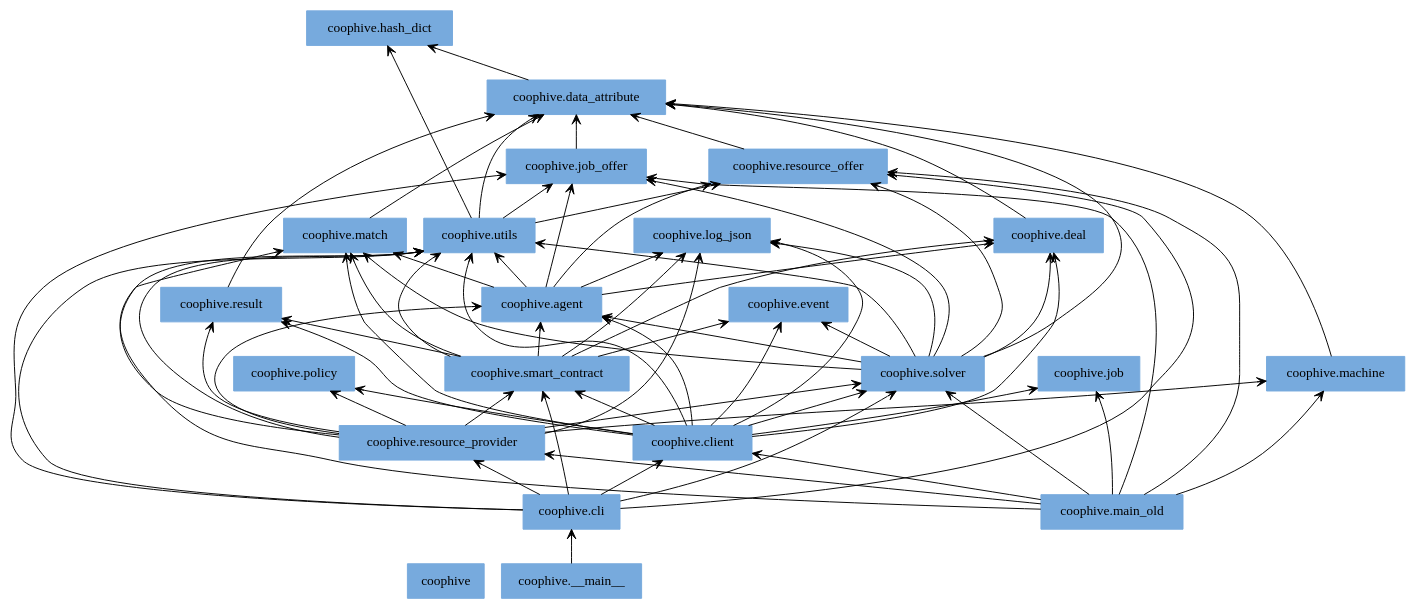
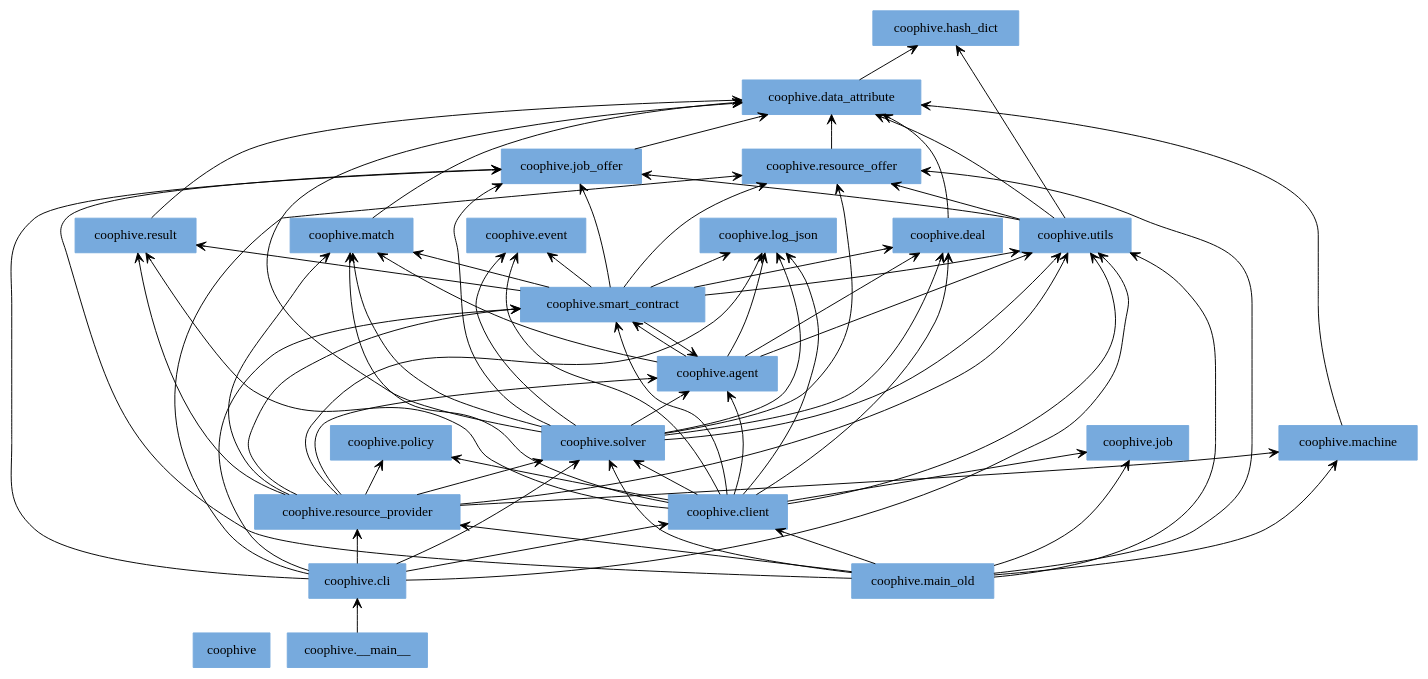
One commit to CoopHive/Apiary changed the diagram in docs/img/packages_coophive.dot. Above: the diagram before and after it, drawn with Graphviz. The commit also changed 5 other files, not shown here.

```diff
--- a/docs/img/packages_coophive.dot
+++ b/docs/img/packages_coophive.dot
@@ -1,95 +1,96 @@
 digraph "packages_coophive" {
 rankdir=BT
 charset="utf-8"
 "coophive" [color="#77AADD", label=<coophive>, shape="box", style="filled"];
 "coophive.__main__" [color="#77AADD", label=<coophive.__main__>, shape="box", style="filled"];
 "coophive.agent" [color="#77AADD", label=<coophive.agent>, shape="box", style="filled"];
 "coophive.cli" [color="#77AADD", label=<coophive.cli>, shape="box", style="filled"];
 "coophive.client" [color="#77AADD", label=<coophive.client>, shape="box", style="filled"];
 "coophive.data_attribute" [color="#77AADD", label=<coophive.data_attribute>, shape="box", style="filled"];
 "coophive.deal" [color="#77AADD", label=<coophive.deal>, shape="box", style="filled"];
 "coophive.event" [color="#77AADD", label=<coophive.event>, shape="box", style="filled"];
 "coophive.hash_dict" [color="#77AADD", label=<coophive.hash_dict>, shape="box", style="filled"];
 "coophive.job" [color="#77AADD", label=<coophive.job>, shape="box", style="filled"];
 "coophive.job_offer" [color="#77AADD", label=<coophive.job_offer>, shape="box", style="filled"];
 "coophive.log_json" [color="#77AADD", label=<coophive.log_json>, shape="box", style="filled"];
 "coophive.machine" [color="#77AADD", label=<coophive.machine>, shape="box", style="filled"];
 "coophive.main_old" [color="#77AADD", label=<coophive.main_old>, shape="box", style="filled"];
 "coophive.match" [color="#77AADD", label=<coophive.match>, shape="box", style="filled"];
 "coophive.policy" [color="#77AADD", label=<coophive.policy>, shape="box", style="filled"];
 "coophive.resource_offer" [color="#77AADD", label=<coophive.resource_offer>, shape="box", style="filled"];
 "coophive.resource_provider" [color="#77AADD", label=<coophive.resource_provider>, shape="box", style="filled"];
 "coophive.result" [color="#77AADD", label=<coophive.result>, shape="box", style="filled"];
 "coophive.smart_contract" [color="#77AADD", label=<coophive.smart_contract>, shape="box", style="filled"];
 "coophive.solver" [color="#77AADD", label=<coophive.solver>, shape="box", style="filled"];
 "coophive.utils" [color="#77AADD", label=<coophive.utils>, shape="box", style="filled"];
 "coophive.__main__" -> "coophive.cli" [arrowhead="open", arrowtail="none"];
 "coophive.agent" -> "coophive.deal" [arrowhead="open", arrowtail="none"];
-"coophive.agent" -> "coophive.job_offer" [arrowhead="open", arrowtail="none"];
 "coophive.agent" -> "coophive.log_json" [arrowhead="open", arrowtail="none"];
 "coophive.agent" -> "coophive.match" [arrowhead="open", arrowtail="none"];
-"coophive.agent" -> "coophive.resource_offer" [arrowhead="open", arrowtail="none"];
+"coophive.agent" -> "coophive.smart_contract" [arrowhead="open", arrowtail="none"];
 "coophive.agent" -> "coophive.utils" [arrowhead="open", arrowtail="none"];
 "coophive.cli" -> "coophive.client" [arrowhead="open", arrowtail="none"];
 "coophive.cli" -> "coophive.job_offer" [arrowhead="open", arrowtail="none"];
 "coophive.cli" -> "coophive.resource_offer" [arrowhead="open", arrowtail="none"];
 "coophive.cli" -> "coophive.resource_provider" [arrowhead="open", arrowtail="none"];
 "coophive.cli" -> "coophive.smart_contract" [arrowhead="open", arrowtail="none"];
 "coophive.cli" -> "coophive.solver" [arrowhead="open", arrowtail="none"];
 "coophive.cli" -> "coophive.utils" [arrowhead="open", arrowtail="none"];
 "coophive.client" -> "coophive.agent" [arrowhead="open", arrowtail="none"];
 "coophive.client" -> "coophive.deal" [arrowhead="open", arrowtail="none"];
 "coophive.client" -> "coophive.event" [arrowhead="open", arrowtail="none"];
 "coophive.client" -> "coophive.job" [arrowhead="open", arrowtail="none"];
 "coophive.client" -> "coophive.log_json" [arrowhead="open", arrowtail="none"];
 "coophive.client" -> "coophive.match" [arrowhead="open", arrowtail="none"];
 "coophive.client" -> "coophive.policy" [arrowhead="open", arrowtail="none"];
 "coophive.client" -> "coophive.result" [arrowhead="open", arrowtail="none"];
 "coophive.client" -> "coophive.smart_contract" [arrowhead="open", arrowtail="none"];
 "coophive.client" -> "coophive.solver" [arrowhead="open", arrowtail="none"];
 "coophive.client" -> "coophive.utils" [arrowhead="open", arrowtail="none"];
 "coophive.data_attribute" -> "coophive.hash_dict" [arrowhead="open", arrowtail="none"];
 "coophive.deal" -> "coophive.data_attribute" [arrowhead="open", arrowtail="none"];
 "coophive.job_offer" -> "coophive.data_attribute" [arrowhead="open", arrowtail="none"];
 "coophive.machine" -> "coophive.data_attribute" [arrowhead="open", arrowtail="none"];
 "coophive.main_old" -> "coophive.client" [arrowhead="open", arrowtail="none"];
 "coophive.main_old" -> "coophive.job" [arrowhead="open", arrowtail="none"];
 "coophive.main_old" -> "coophive.job_offer" [arrowhead="open", arrowtail="none"];
 "coophive.main_old" -> "coophive.machine" [arrowhead="open", arrowtail="none"];
 "coophive.main_old" -> "coophive.resource_offer" [arrowhead="open", arrowtail="none"];
 "coophive.main_old" -> "coophive.resource_provider" [arrowhead="open", arrowtail="none"];
 "coophive.main_old" -> "coophive.solver" [arrowhead="open", arrowtail="none"];
 "coophive.main_old" -> "coophive.utils" [arrowhead="open", arrowtail="none"];
 "coophive.match" -> "coophive.data_attribute" [arrowhead="open", arrowtail="none"];
 "coophive.resource_offer" -> "coophive.data_attribute" [arrowhead="open", arrowtail="none"];
 "coophive.resource_provider" -> "coophive.agent" [arrowhead="open", arrowtail="none"];
 "coophive.resource_provider" -> "coophive.log_json" [arrowhead="open", arrowtail="none"];
 "coophive.resource_provider" -> "coophive.machine" [arrowhead="open", arrowtail="none"];
 "coophive.resource_provider" -> "coophive.match" [arrowhead="open", arrowtail="none"];
 "coophive.resource_provider" -> "coophive.policy" [arrowhead="open", arrowtail="none"];
 "coophive.resource_provider" -> "coophive.result" [arrowhead="open", arrowtail="none"];
 "coophive.resource_provider" -> "coophive.smart_contract" [arrowhead="open", arrowtail="none"];
 "coophive.resource_provider" -> "coophive.solver" [arrowhead="open", arrowtail="none"];
 "coophive.resource_provider" -> "coophive.utils" [arrowhead="open", arrowtail="none"];
 "coophive.result" -> "coophive.data_attribute" [arrowhead="open", arrowtail="none"];
 "coophive.smart_contract" -> "coophive.agent" [arrowhead="open", arrowtail="none"];
 "coophive.smart_contract" -> "coophive.deal" [arrowhead="open", arrowtail="none"];
 "coophive.smart_contract" -> "coophive.event" [arrowhead="open", arrowtail="none"];
+"coophive.smart_contract" -> "coophive.job_offer" [arrowhead="open", arrowtail="none"];
 "coophive.smart_contract" -> "coophive.log_json" [arrowhead="open", arrowtail="none"];
 "coophive.smart_contract" -> "coophive.match" [arrowhead="open", arrowtail="none"];
+"coophive.smart_contract" -> "coophive.resource_offer" [arrowhead="open", arrowtail="none"];
 "coophive.smart_contract" -> "coophive.result" [arrowhead="open", arrowtail="none"];
 "coophive.smart_contract" -> "coophive.utils" [arrowhead="open", arrowtail="none"];
 "coophive.solver" -> "coophive.agent" [arrowhead="open", arrowtail="none"];
 "coophive.solver" -> "coophive.data_attribute" [arrowhead="open", arrowtail="none"];
 "coophive.solver" -> "coophive.deal" [arrowhead="open", arrowtail="none"];
 "coophive.solver" -> "coophive.event" [arrowhead="open", arrowtail="none"];
 "coophive.solver" -> "coophive.job_offer" [arrowhead="open", arrowtail="none"];
 "coophive.solver" -> "coophive.log_json" [arrowhead="open", arrowtail="none"];
 "coophive.solver" -> "coophive.match" [arrowhead="open", arrowtail="none"];
 "coophive.solver" -> "coophive.resource_offer" [arrowhead="open", arrowtail="none"];
 "coophive.solver" -> "coophive.utils" [arrowhead="open", arrowtail="none"];
 "coophive.utils" -> "coophive.data_attribute" [arrowhead="open", arrowtail="none"];
 "coophive.utils" -> "coophive.hash_dict" [arrowhead="open", arrowtail="none"];
 "coophive.utils" -> "coophive.job_offer" [arrowhead="open", arrowtail="none"];
 "coophive.utils" -> "coophive.resource_offer" [arrowhead="open", arrowtail="none"];
 }
```
